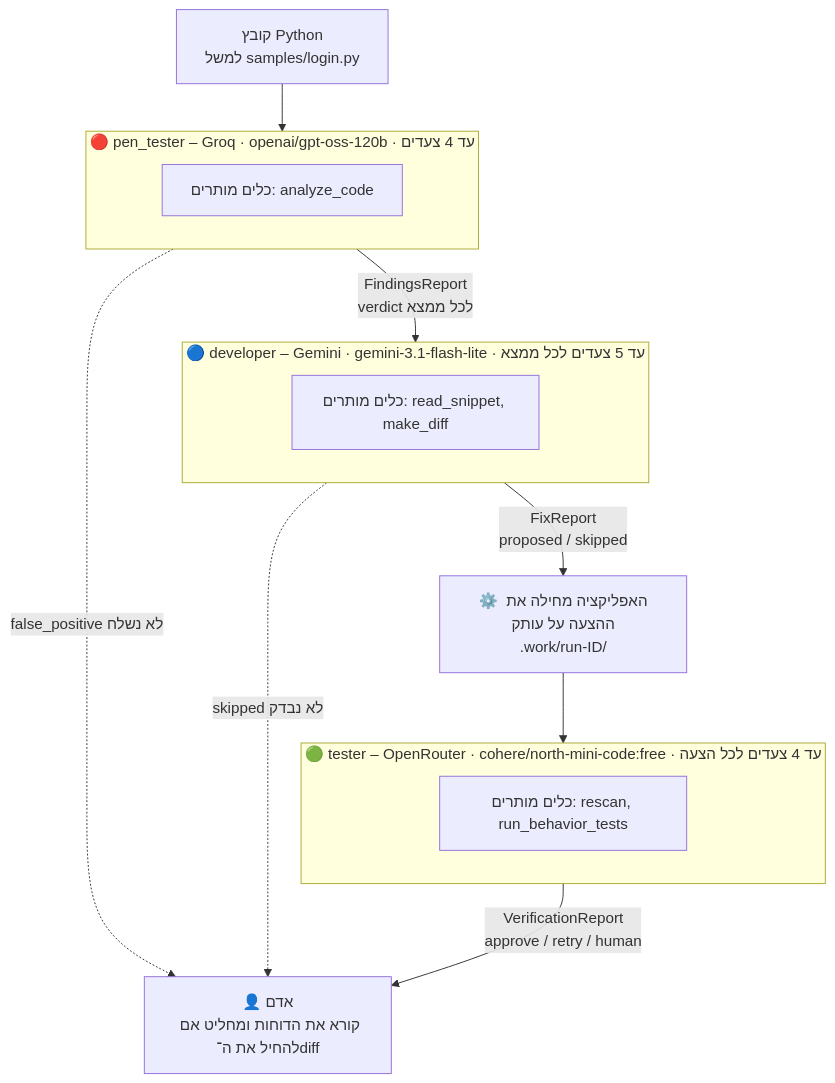
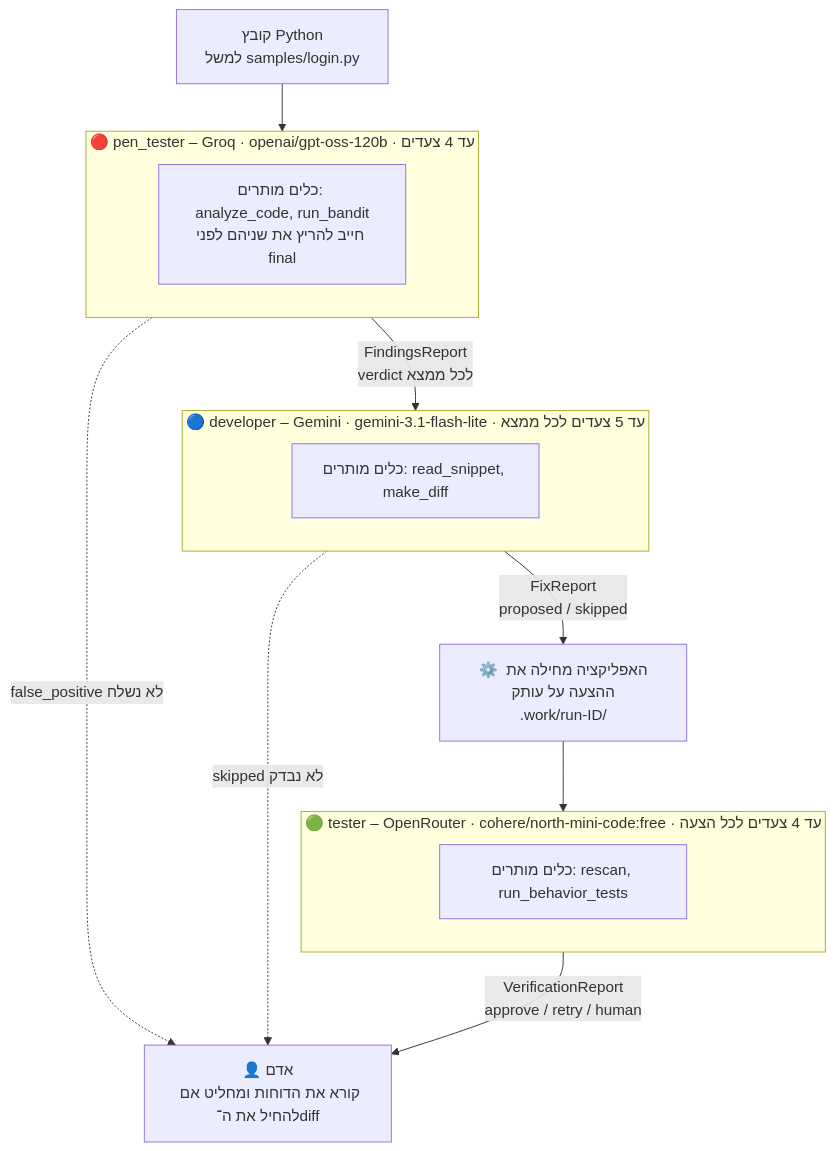
One commit to ransabag163/devsecops-team changed the first of 4 diagrams in docs/ARCHITECTURE.md. Above: the diagram before and after it, drawn with Mermaid. The commit also changed other lines of this file and 1 other file, not shown here.

Commit message:
Document Bandit in the architecture and the README

````diff
--- a/docs/ARCHITECTURE.md
+++ b/docs/ARCHITECTURE.md
@@ -17,28 +18,28 @@
 ```mermaid
 flowchart TD
     FILE["קובץ Python<br/>למשל samples/login.py"]
 
     subgraph PT["🔴 pen_tester – Groq · openai/gpt-oss-120b · עד 4 צעדים"]
-        PT_T["כלים מותרים: analyze_code"]
+        PT_T["כלים מותרים: analyze_code, run_bandit<br/>חייב להריץ את שניהם לפני final"]
     end
 
     subgraph DEV["🔵 developer – Gemini · gemini-3.1-flash-lite · עד 5 צעדים לכל ממצא"]
         DEV_T["כלים מותרים: read_snippet, make_diff"]
     end
 
     COPY["⚙️ האפליקציה מחילה את ההצעה על עותק<br/>.work/run-ID/"]
 
     subgraph TST["🟢 tester – OpenRouter · cohere/north-mini-code:free · עד 4 צעדים לכל הצעה"]
         TST_T["כלים מותרים: rescan, run_behavior_tests"]
     end
 
     HUMAN["👤 אדם<br/>קורא את הדוחות ומחליט אם להחיל את ה־diff"]
 
     FILE --> PT
     PT -->|"FindingsReport<br/>verdict לכל ממצא"| DEV
     PT -.->|"false_positive לא נשלח"| HUMAN
     DEV -->|"FixReport<br/>proposed / skipped"| COPY
     DEV -.->|"skipped לא נבדק"| HUMAN
     COPY --> TST
     TST -->|"VerificationReport<br/>approve / retry / human"| HUMAN
 ```
````
